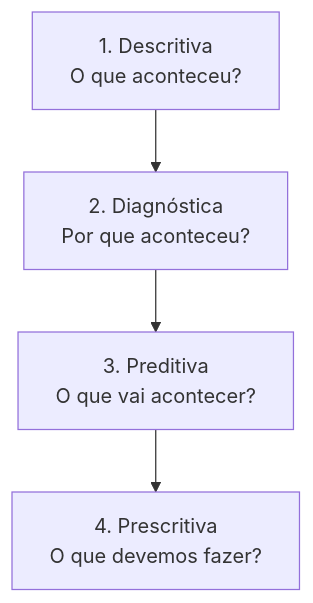
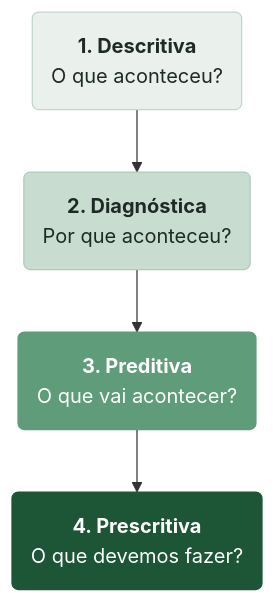
Before and after one commit to klein-natan/IA-Dados-GitBook: the second of 3 diagrams in aula-01-evolucao-analise-dados/README.md, drawn with Mermaid. The commit also changed other lines of this file and 4 other files, not shown here.

````diff
--- a/aula-01-evolucao-analise-dados/README.md
+++ b/aula-01-evolucao-analise-dados/README.md
@@ -70,6 +77,15 @@
 ```mermaid
+%%{init:{"theme":"base","themeVariables":{"fontFamily":"Inter,'Segoe UI','Liberation Sans',Helvetica,Arial,sans-serif","fontSize":"15px","primaryColor":"#F4F2EE","primaryTextColor":"#1E2A25","primaryBorderColor":"#CBD8D0","lineColor":"#8A9A90","secondaryColor":"#EDF2EE","tertiaryColor":"#FFFFFF","clusterBkg":"#F8F7F4","clusterBorder":"#E2DED7","edgeLabelBackground":"#FFFFFF"},"flowchart":{"nodeSpacing":28,"rankSpacing":38,"padding":14,"curve":"basis"}}}%%
 flowchart TD
-    A["1. Descritiva<br/>O que aconteceu?"] --> B["2. Diagnóstica<br/>Por que aconteceu?"]
-    B --> C["3. Preditiva<br/>O que vai acontecer?"]
-    C --> D["4. Prescritiva<br/>O que devemos fazer?"]
+    A("<b>1. Descritiva</b><br/>O que aconteceu?") --> B("<b>2. Diagnóstica</b><br/>Por que aconteceu?")
+    B --> C("<b>3. Preditiva</b><br/>O que vai acontecer?")
+    C --> D("<b>4. Prescritiva</b><br/>O que devemos fazer?")
+    classDef destaque fill:#1D5537,stroke:#1D5537,color:#FFFFFF;
+    classDef medio fill:#C8DDD0,stroke:#AECBBB,color:#1E2A25;
+    classDef nevoa fill:#EAF1EC,stroke:#C3D6CA,color:#1E2A25;
+    classDef verde fill:#5F9C7A,stroke:#5F9C7A,color:#FFFFFF;
+    class A nevoa
+    class B medio
+    class C verde
+    class D destaque
 ```
````
